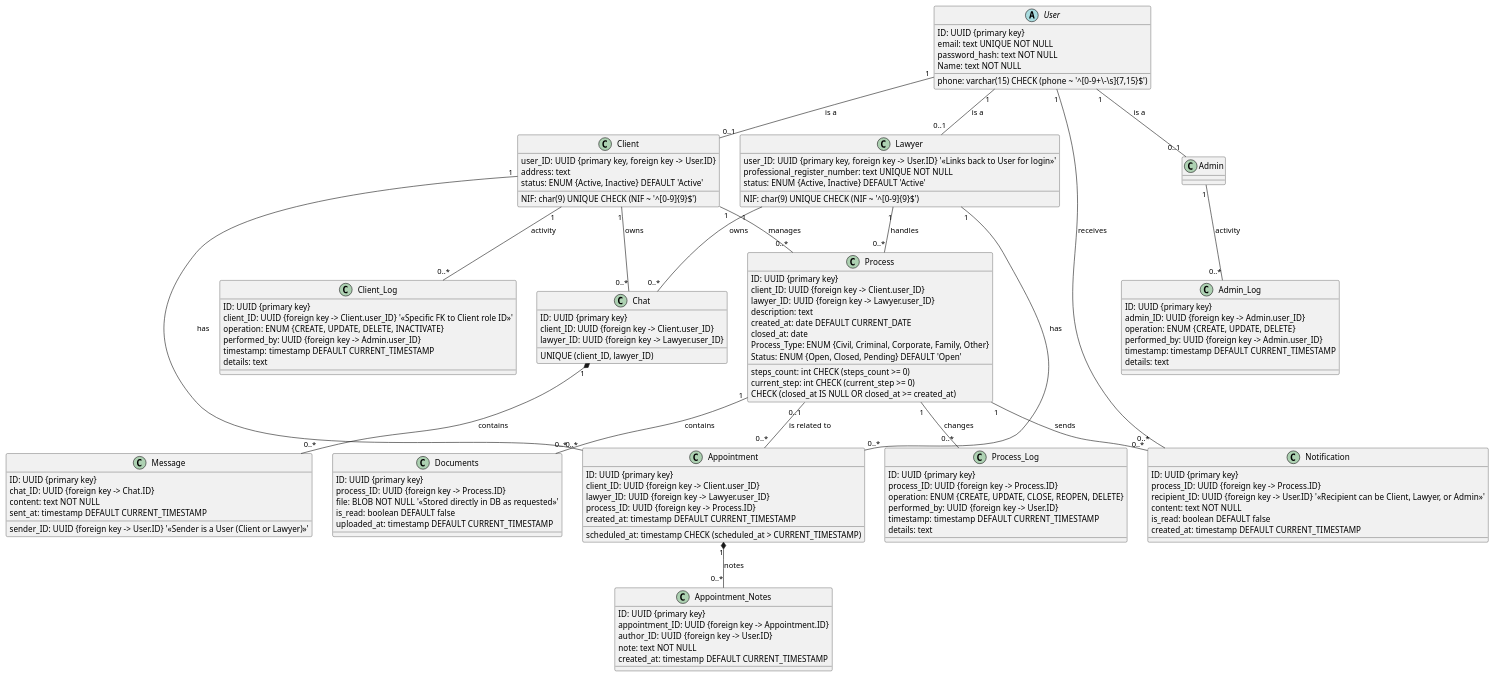
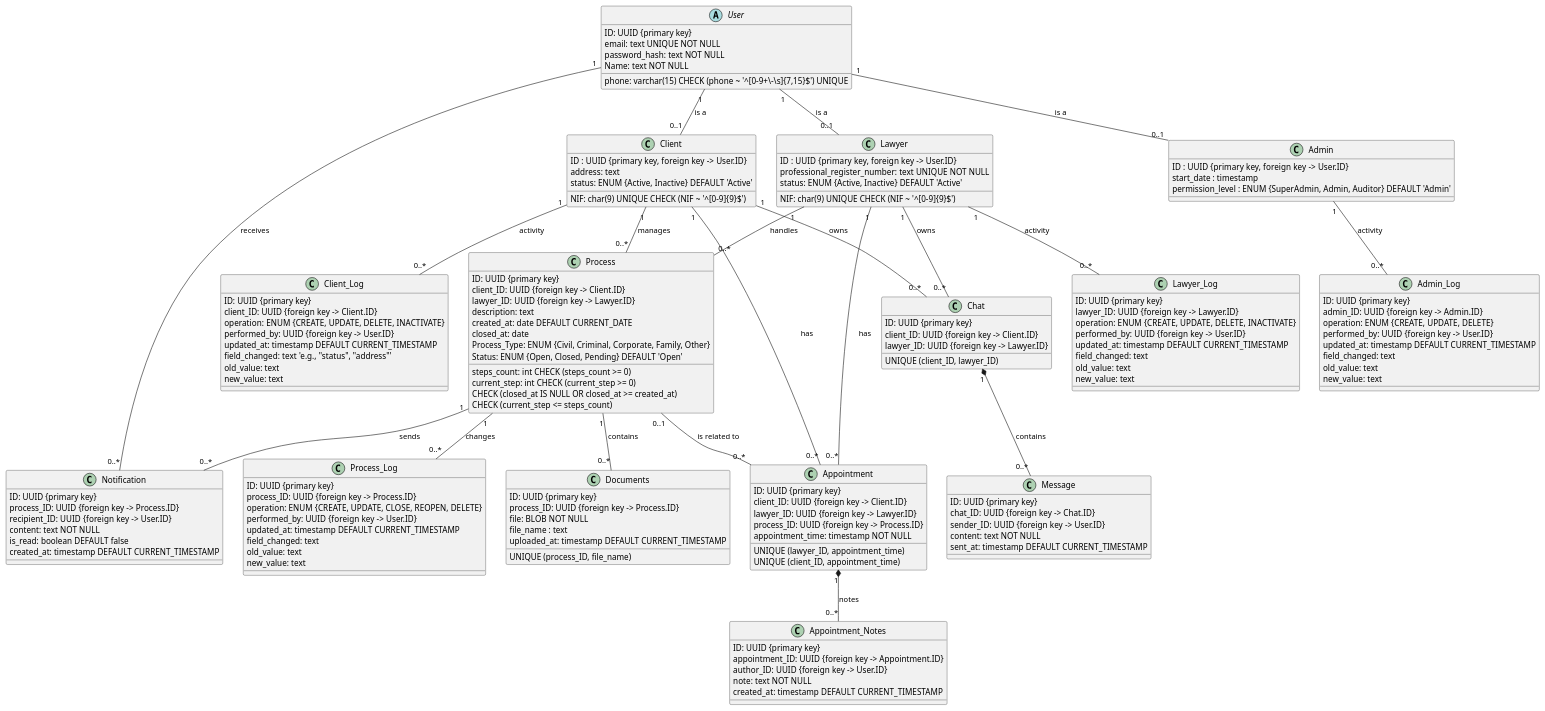
One commit to leticia-003/Consilium changed the diagram in documentation/DB_UML_puml_code.puml. Above: the diagram before and after it, drawn with PlantUML. The commit also changed 2 other files, not shown here.

```diff
--- a/documentation/DB_UML_puml_code.puml
+++ b/documentation/DB_UML_puml_code.puml
@@ -1,171 +1,193 @@
 @startuml
 skinparam classAttributeIconSize 0
 
 ' ===========================
 ' Abstract Base Class for Login
 ' ===========================
 
 abstract class User {
     ID: UUID {primary key}
     email: text UNIQUE NOT NULL
     password_hash: text NOT NULL
     Name: text NOT NULL
-    phone: varchar(15) CHECK (phone ~ '^[0-9+\\-\\s]{7,15}$')
+    phone: varchar(15) CHECK (phone ~ '^[0-9+\\-\\s]{7,15}$') UNIQUE
 }
 
 ' ===========================
 ' Core Entity Classes (One-to-One Extension Pattern)
 ' ===========================
 
 class Client {
-    user_ID: UUID {primary key, foreign key -> User.ID}
+    ID : UUID {primary key, foreign key -> User.ID}
     NIF: char(9) UNIQUE CHECK (NIF ~ '^[0-9]{9}$')
     address: text
     status: ENUM {Active, Inactive} DEFAULT 'Active'
-    ' Inherits ID, email, password_hash, Name, phone from User
 }
 
 class Lawyer {
-    user_ID: UUID {primary key, foreign key -> User.ID} '<<Links back to User for login>>'
+    ID : UUID {primary key, foreign key -> User.ID}
     NIF: char(9) UNIQUE CHECK (NIF ~ '^[0-9]{9}$')
     professional_register_number: text UNIQUE NOT NULL
     status: ENUM {Active, Inactive} DEFAULT 'Active'
-    ' Inherits ID, email, password_hash, Name, phone from User
 }
 
 class Admin {
+    ID : UUID {primary key, foreign key -> User.ID}
+    start_date : timestamp
+    permission_level : ENUM {SuperAdmin, Admin, Auditor} DEFAULT 'Admin'
 }
 
 class Process {
     ID: UUID {primary key}
-    client_ID: UUID {foreign key -> Client.user_ID}
-    lawyer_ID: UUID {foreign key -> Lawyer.user_ID}
+    client_ID: UUID {foreign key -> Client.ID}
+    lawyer_ID: UUID {foreign key -> Lawyer.ID}
     description: text
     created_at: date DEFAULT CURRENT_DATE
     closed_at: date
     steps_count: int CHECK (steps_count >= 0)
     current_step: int CHECK (current_step >= 0)
     Process_Type: ENUM {Civil, Criminal, Corporate, Family, Other}
     Status: ENUM {Open, Closed, Pending} DEFAULT 'Open'
     CHECK (closed_at IS NULL OR closed_at >= created_at)
+    CHECK (current_step <= steps_count)
 }
 
 class Documents {
     ID: UUID {primary key}
     process_ID: UUID {foreign key -> Process.ID}
-    file: BLOB NOT NULL '<<Stored directly in DB as requested>>'
-    is_read: boolean DEFAULT false
+    file: BLOB NOT NULL
+    file_name : text
     uploaded_at: timestamp DEFAULT CURRENT_TIMESTAMP
+    UNIQUE (process_ID, file_name)
 }
 
 class Notification {
     ID: UUID {primary key}
     process_ID: UUID {foreign key -> Process.ID}
-    recipient_ID: UUID {foreign key -> User.ID} '<<Recipient can be Client, Lawyer, or Admin>>'
+    recipient_ID: UUID {foreign key -> User.ID}
     content: text NOT NULL
     is_read: boolean DEFAULT false
     created_at: timestamp DEFAULT CURRENT_TIMESTAMP
 }
 
 class Chat {
     ID: UUID {primary key}
-    client_ID: UUID {foreign key -> Client.user_ID}
-    lawyer_ID: UUID {foreign key -> Lawyer.user_ID}
+    client_ID: UUID {foreign key -> Client.ID}
+    lawyer_ID: UUID {foreign key -> Lawyer.ID}
     UNIQUE (client_ID, lawyer_ID)
 }
 
 class Message {
     ID: UUID {primary key}
     chat_ID: UUID {foreign key -> Chat.ID}
-    sender_ID: UUID {foreign key -> User.ID} '<<Sender is a User (Client or Lawyer)>>'
+    sender_ID: UUID {foreign key -> User.ID} 
     content: text NOT NULL
     sent_at: timestamp DEFAULT CURRENT_TIMESTAMP
 }
 
 class Appointment {
     ID: UUID {primary key}
-    client_ID: UUID {foreign key -> Client.user_ID}
-    lawyer_ID: UUID {foreign key -> Lawyer.user_ID}
+    client_ID: UUID {foreign key -> Client.ID}
+    lawyer_ID: UUID {foreign key -> Lawyer.ID}
     process_ID: UUID {foreign key -> Process.ID}
-    scheduled_at: timestamp CHECK (scheduled_at > CURRENT_TIMESTAMP)
-    created_at: timestamp DEFAULT CURRENT_TIMESTAMP
+    appointment_time: timestamp NOT NULL
+    UNIQUE (lawyer_ID, appointment_time)
+    UNIQUE (client_ID, appointment_time)
 }
 
 class Appointment_Notes {
     ID: UUID {primary key}
     appointment_ID: UUID {foreign key -> Appointment.ID}
     author_ID: UUID {foreign key -> User.ID}
     note: text NOT NULL
     created_at: timestamp DEFAULT CURRENT_TIMESTAMP
 }
 
 ' ===========================
-' Logging Tables
+' Logging Tables (With Old/New Values)
 ' ===========================
 
 class Client_Log {
     ID: UUID {primary key}
-    client_ID: UUID {foreign key -> Client.user_ID} '<<Specific FK to Client role ID>>'
+    client_ID: UUID {foreign key -> Client.ID}
     operation: ENUM {CREATE, UPDATE, DELETE, INACTIVATE}
-    performed_by: UUID {foreign key -> Admin.user_ID}
-    timestamp: timestamp DEFAULT CURRENT_TIMESTAMP
-    details: text
+    performed_by: UUID {foreign key -> User.ID} 
+    updated_at: timestamp DEFAULT CURRENT_TIMESTAMP
+    field_changed: text 'e.g., "status", "address"'
+    old_value: text
+    new_value: text
+}
+
+class Lawyer_Log {
+    ID: UUID {primary key}
+    lawyer_ID: UUID {foreign key -> Lawyer.ID}
+    operation: ENUM {CREATE, UPDATE, DELETE, INACTIVATE}
+    performed_by: UUID {foreign key -> User.ID} 
+    updated_at: timestamp DEFAULT CURRENT_TIMESTAMP
+    field_changed: text 
+    old_value: text
+    new_value: text
 }
 
 class Admin_Log {
     ID: UUID {primary key}
-    admin_ID: UUID {foreign key -> Admin.user_ID}
+    admin_ID: UUID {foreign key -> Admin.ID} 
     operation: ENUM {CREATE, UPDATE, DELETE}
-    performed_by: UUID {foreign key -> Admin.user_ID}
-    timestamp: timestamp DEFAULT CURRENT_TIMESTAMP
-    details: text
+    performed_by: UUID {foreign key -> User.ID} 
+    updated_at: timestamp DEFAULT CURRENT_TIMESTAMP
+    field_changed: text
+    old_value: text
+    new_value: text
 }
 
 class Process_Log {
     ID: UUID {primary key}
     process_ID: UUID {foreign key -> Process.ID}
     operation: ENUM {CREATE, UPDATE, CLOSE, REOPEN, DELETE}
     performed_by: UUID {foreign key -> User.ID}
-    timestamp: timestamp DEFAULT CURRENT_TIMESTAMP
-    details: text
+    updated_at: timestamp DEFAULT CURRENT_TIMESTAMP
+    field_changed: text
+    old_value: text
+    new_value: text
 }
 
 ' ===========================
 ' Relationships
 ' ===========================
 
-' Inheritance Links (User to Roles) - Uses the corrected 1:1 relationship
+' Inheritance Links (User to Roles)
 User "1" -- "0..1" Client : is a
 User "1" -- "0..1" Lawyer : is a
 User "1" -- "0..1" Admin : is a
 
 ' Notifications
 User "1" -- "0..*" Notification : receives
 Process "1" -- "0..*" Notification : sends
 
 ' Process and Documents
 Process "1" -- "0..*" Documents : contains
 
 ' Core Workflow
 Client "1" -- "0..*" Process : manages
 Lawyer "1" -- "0..*" Process : handles
 
 ' Chat and Messages
 Chat "1" *-- "0..*" Message : contains
 
 ' Client, Lawyer, and Chat
 Client "1" -- "0..*" Chat : owns
 Lawyer "1" -- "0..*" Chat : owns
 
 ' Appointments
 Client "1" -- "0..*" Appointment : has
 Lawyer "1" -- "0..*" Appointment : has
 Process "0..1" -- "0..*" Appointment : is related to
 Appointment "1" *-- "0..*" Appointment_Notes : notes
 
-' Logs
+' Logs (Corrected)
 Client "1" -- "0..*" Client_Log : activity
+Lawyer "1" -- "0..*" Lawyer_Log : activity
 Admin "1" -- "0..*" Admin_Log : activity
 Process "1" -- "0..*" Process_Log : changes
 
 @enduml
```
